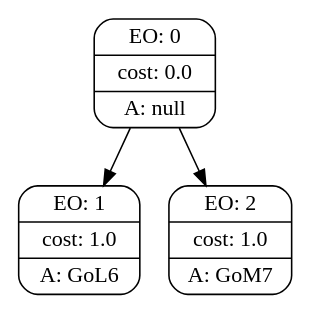
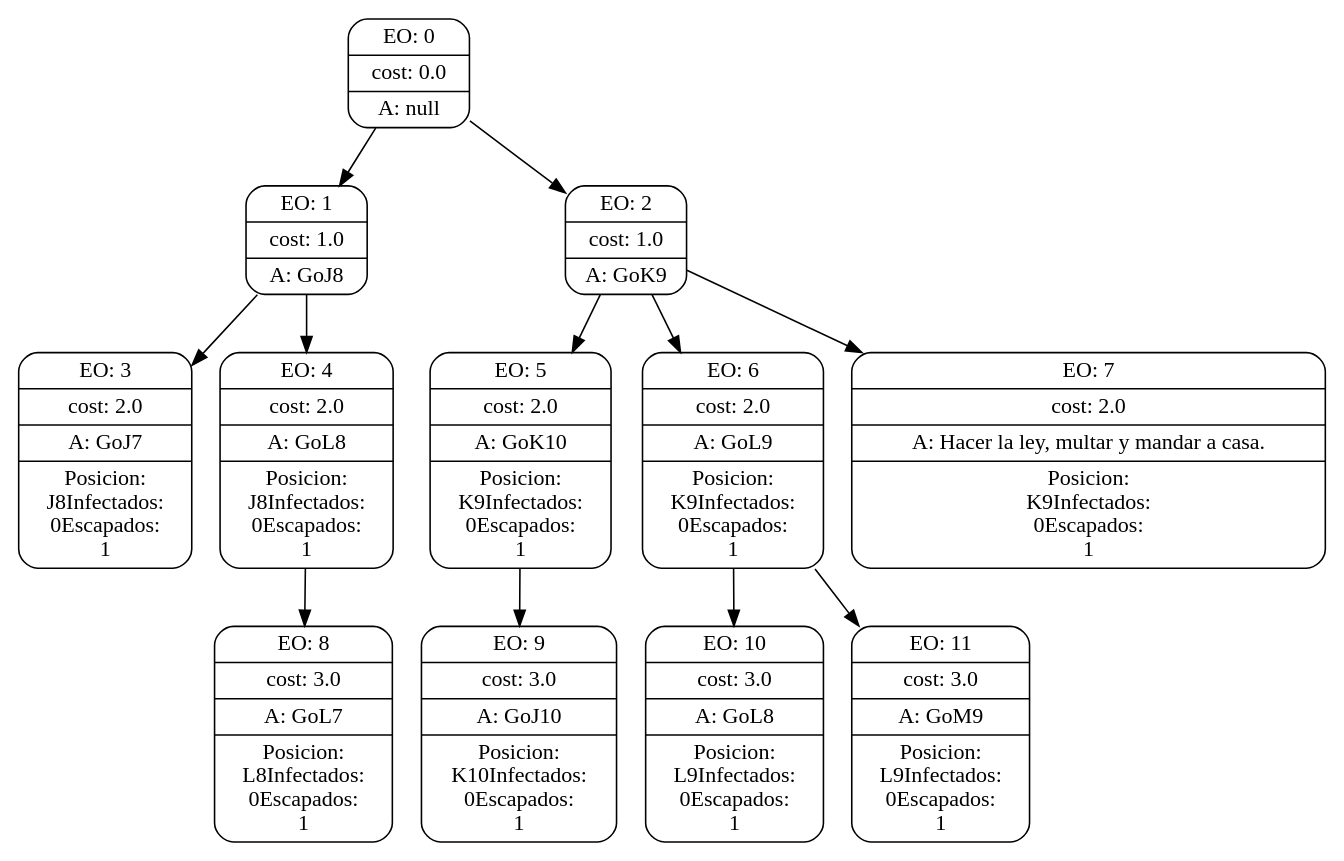
The diagram in inteligenciaArtificialTP1/searchGVTrees/5.dot (eliasbrizi/tp1IA), drawn with Graphviz before and after one commit. The commit also changed 43 other files, not shown here.

```diff
--- a/inteligenciaArtificialTP1/searchGVTrees/5.dot
+++ b/inteligenciaArtificialTP1/searchGVTrees/5.dot
@@ -1,12 +1,57 @@
 digraph g {
 node [shape = Mrecord];
 nodo0[label="{EO: 0|cost: 0.0|A: null}"]
-nodo1[label="{EO: 1|cost: 1.0|A: GoL6}"]
+nodo1[label="{EO: 1|cost: 1.0|A: GoJ8}"]
+nodo3[label="{EO: 3|cost: 2.0|A: GoJ7|Posicion:\nJ8
+Infectados:\n0
+Escapados:\n1}"]
+
+nodo1 -> nodo3;
+nodo4[label="{EO: 4|cost: 2.0|A: GoL8|Posicion:\nJ8
+Infectados:\n0
+Escapados:\n1}"]
+nodo8[label="{EO: 8|cost: 3.0|A: GoL7|Posicion:\nL8
+Infectados:\n0
+Escapados:\n1}"]
+
+nodo4 -> nodo8;
+
+nodo1 -> nodo4;
 
 nodo0 -> nodo1;
-nodo2[label="{EO: 2|cost: 1.0|A: GoM7}"]
+nodo2[label="{EO: 2|cost: 1.0|A: GoK9}"]
+nodo5[label="{EO: 5|cost: 2.0|A: GoK10|Posicion:\nK9
+Infectados:\n0
+Escapados:\n1}"]
+nodo9[label="{EO: 9|cost: 3.0|A: GoJ10|Posicion:\nK10
+Infectados:\n0
+Escapados:\n1}"]
+
+nodo5 -> nodo9;
+
+nodo2 -> nodo5;
+nodo6[label="{EO: 6|cost: 2.0|A: GoL9|Posicion:\nK9
+Infectados:\n0
+Escapados:\n1}"]
+nodo10[label="{EO: 10|cost: 3.0|A: GoL8|Posicion:\nL9
+Infectados:\n0
+Escapados:\n1}"]
+
+nodo6 -> nodo10;
+nodo11[label="{EO: 11|cost: 3.0|A: GoM9|Posicion:\nL9
+Infectados:\n0
+Escapados:\n1}"]
+
+nodo6 -> nodo11;
+
+nodo2 -> nodo6;
+nodo7[label="{EO: 7|cost: 2.0|A: Hacer la ley, multar y mandar a casa.|Posicion:\nK9
+Infectados:\n0
+Escapados:\n1}"]
+
+nodo2 -> nodo7;
 
 nodo0 -> nodo2;
 
 
 }
```
